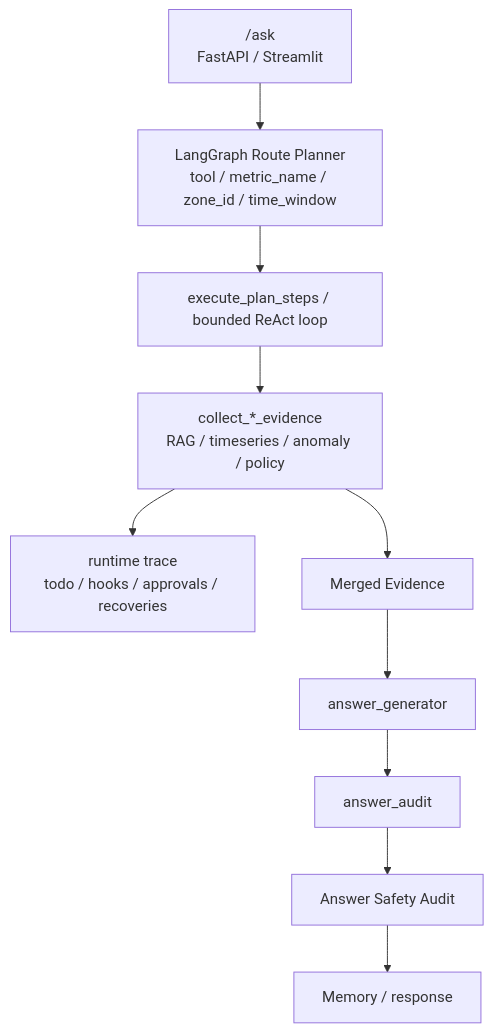
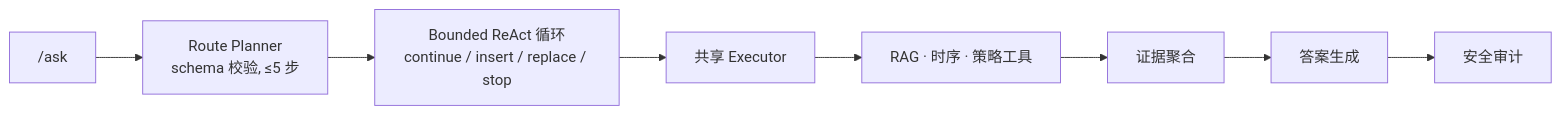
One commit to zwzwzwzwz123/DataCenter-HVAC-Copilot changed the diagram in README.md. Above: the diagram before and after it, drawn with Mermaid. The commit also changed other lines of this file and 43 other files, not shown here.

````diff
--- a/README.md
+++ b/README.md
@@ -61,12 +12,10 @@
 ```mermaid
-flowchart TD
-    A["/ask<br/>FastAPI / Streamlit"] --> B["LangGraph Route Planner<br/>tool / metric_name / zone_id / time_window"]
-    B --> C["execute_plan_steps / bounded ReAct loop"]
-    C --> D["collect_*_evidence<br/>RAG / timeseries / anomaly / policy"]
-    D --> E["runtime trace<br/>todo / hooks / approvals / recoveries"]
-    D --> G["Merged Evidence"]
-    G --> H[answer_generator]
-    H --> I[answer_audit]
-    I --> J["Answer Safety Audit"]
-    J --> K["Memory / response"]
+flowchart LR
+    Q["/ask"] --> P["Route Planner<br/>schema 校验, ≤5 步"]
+    P --> R["Bounded ReAct 循环<br/>continue / insert / replace / stop"]
+    R --> E["共享 Executor"]
+    E --> T["RAG · 时序 · 策略工具"]
+    T --> AGG["证据聚合"]
+    AGG --> ANS["答案生成"]
+    ANS --> AUD["安全审计"]
 ```
````
